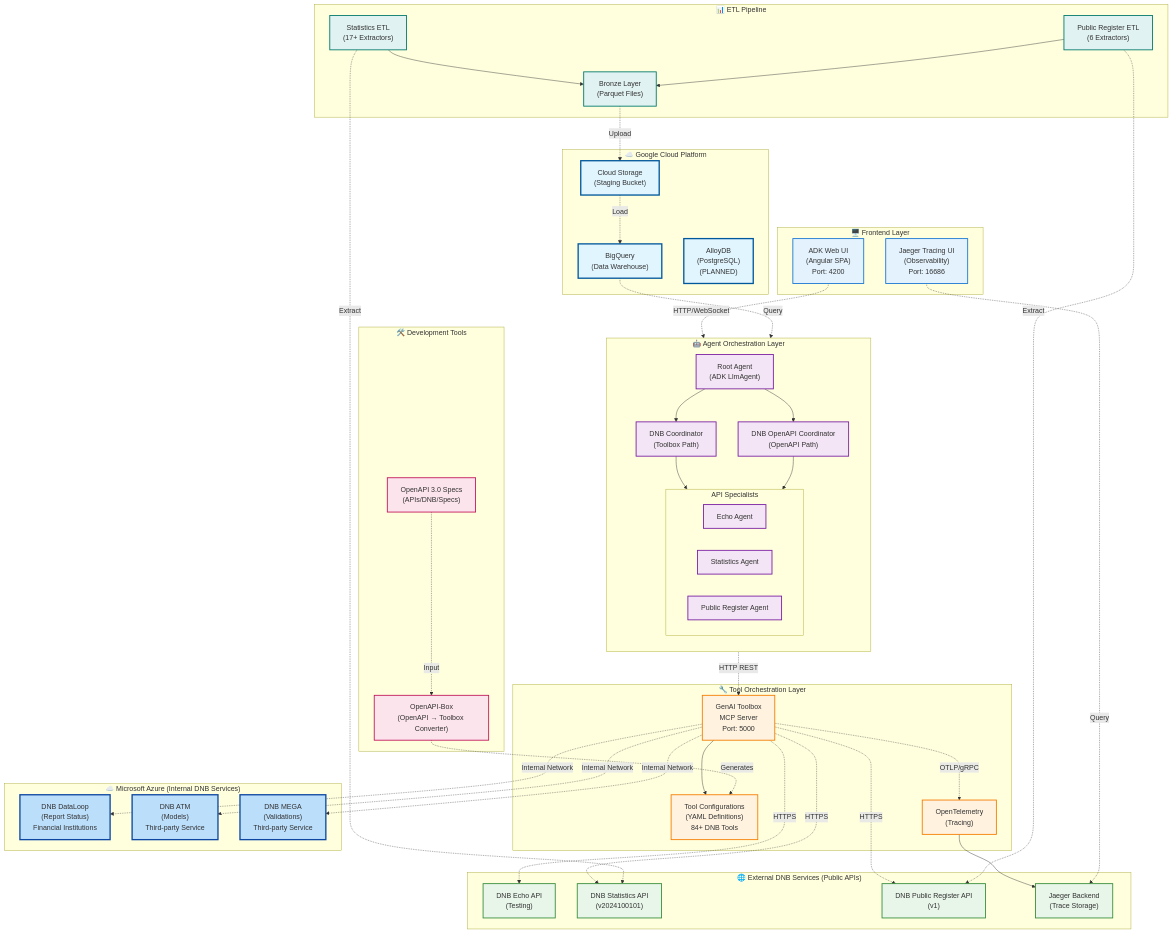
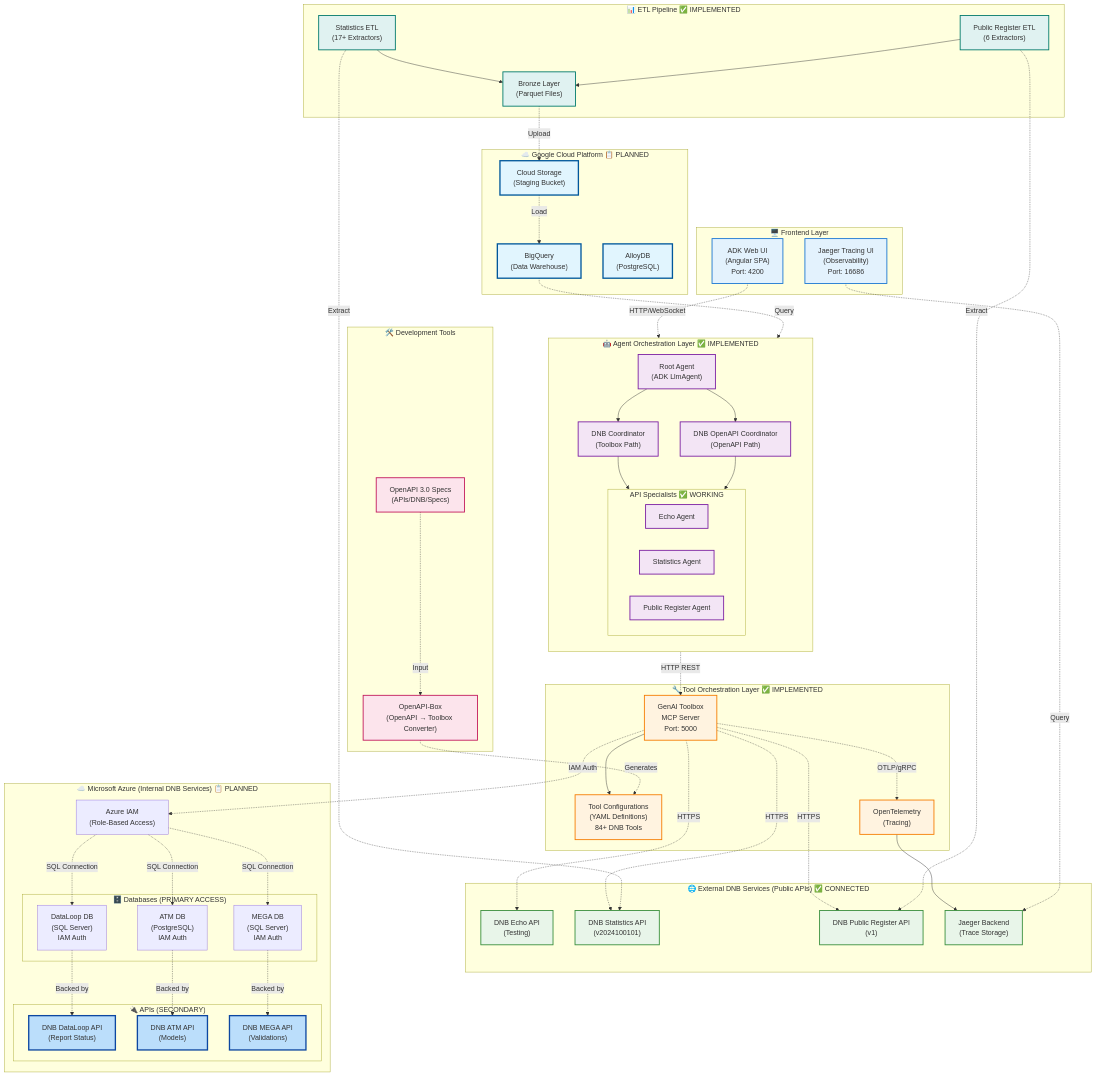
Before and after one commit to Px8Studio/adk-python: the first of 22 diagrams in backend/ARCHITECTURE_MERMAID.md, drawn with Mermaid. The commit also changed other lines of this file, not shown here.

Commit message:
feat: Update Orkhon backend architecture documentation with detailed agent orchestration and Azure integration plans

```diff
--- a/backend/ARCHITECTURE_MERMAID.md
+++ b/backend/ARCHITECTURE_MERMAID.md
@@ -30,36 +30,44 @@
         Jaeger_UI["Jaeger Tracing UI<br/>(Observability)<br/>Port: 16686"]
     end
 
-    subgraph Agents["🤖 Agent Orchestration Layer"]
+    subgraph Agents["🤖 Agent Orchestration Layer ✅ IMPLEMENTED"]
         direction TB
         Root["Root Agent<br/>(ADK LlmAgent)"]
         DNB_Coord["DNB Coordinator<br/>(Toolbox Path)"]
         DNB_OpenAPI_Coord["DNB OpenAPI Coordinator<br/>(OpenAPI Path)"]
         
-        subgraph API_Agents["API Specialists"]
+        subgraph API_Agents["API Specialists ✅ WORKING"]
             Echo["Echo Agent"]
             Stats["Statistics Agent"]
             PR["Public Register Agent"]
         end
     end
 
-    subgraph Tools["🔧 Tool Orchestration Layer"]
+    subgraph Tools["🔧 Tool Orchestration Layer ✅ IMPLEMENTED"]
         Toolbox["GenAI Toolbox<br/>MCP Server<br/>Port: 5000"]
         ToolConfig["Tool Configurations<br/>(YAML Definitions)<br/>84+ DNB Tools"]
         OTel["OpenTelemetry<br/>(Tracing)"]
     end
 
-    subgraph External["🌐 External DNB Services (Public APIs)"]
+    subgraph External["🌐 External DNB Services (Public APIs) ✅ CONNECTED"]
         DNB_Echo["DNB Echo API<br/>(Testing)"]
         DNB_Stats["DNB Statistics API<br/>(v2024100101)"]
         DNB_PR["DNB Public Register API<br/>(v1)"]
         Jaeger["Jaeger Backend<br/>(Trace Storage)"]
     end
 
-    subgraph Azure["☁️ Microsoft Azure (Internal DNB Services)"]
-        DNB_DataLoop["DNB DataLoop<br/>(Report Status)<br/>Financial Institutions"]
-        DNB_ATM["DNB ATM<br/>(Models)<br/>Third-party Service"]
-        DNB_MEGA["DNB MEGA<br/>(Validations)<br/>Third-party Service"]
+    subgraph Azure["☁️ Microsoft Azure (Internal DNB Services) 📋 PLANNED"]
+        subgraph Azure_DB["🗄️ Databases (PRIMARY ACCESS)"]
+            DataLoop_DB["DataLoop DB<br/>(SQL Server)<br/>IAM Auth"]
+            ATM_DB["ATM DB<br/>(PostgreSQL)<br/>IAM Auth"]
+            MEGA_DB["MEGA DB<br/>(SQL Server)<br/>IAM Auth"]
+        end
+        subgraph Azure_API["🔌 APIs (SECONDARY)"]
+            DNB_DataLoop["DNB DataLoop API<br/>(Report Status)"]
+            DNB_ATM["DNB ATM API<br/>(Models)"]
+            DNB_MEGA["DNB MEGA API<br/>(Validations)"]
+        end
+        Azure_IAM["Azure IAM<br/>(Role-Based Access)"]
     end
 
     subgraph Build["🛠️ Development Tools"]
@@ -67,19 +75,19 @@
         OpenAPI_Specs["OpenAPI 3.0 Specs<br/>(APIs/DNB/Specs)"]
     end
 
-    subgraph ETL["📊 ETL Pipeline"]
+    subgraph ETL["📊 ETL Pipeline ✅ IMPLEMENTED"]
         Stats_ETL["Statistics ETL<br/>(17+ Extractors)"]
         PR_ETL["Public Register ETL<br/>(6 Extractors)"]
         Bronze["Bronze Layer<br/>(Parquet Files)"]
     end
 
-    subgraph Cloud["☁️ Google Cloud Platform"]
+    subgraph Cloud["☁️ Google Cloud Platform 📋 PLANNED"]
         GCS["Cloud Storage<br/>(Staging Bucket)"]
         BQ["BigQuery<br/>(Data Warehouse)"]
-        AlloyDB["AlloyDB<br/>(PostgreSQL)<br/>(PLANNED)"]
+        AlloyDB["AlloyDB<br/>(PostgreSQL)"]
     end
 
-    %% Connections
+    %% Connections - Implemented
     ADK_UI -.HTTP/WebSocket.-> Root
     Root --> DNB_Coord
     Root --> DNB_OpenAPI_Coord
@@ -90,13 +98,20 @@
     Toolbox -.HTTPS.-> DNB_Echo
     Toolbox -.HTTPS.-> DNB_Stats
     Toolbox -.HTTPS.-> DNB_PR
-    Toolbox -.Internal Network.-> DNB_DataLoop
-    Toolbox -.Internal Network.-> DNB_ATM
-    Toolbox -.Internal Network.-> DNB_MEGA
     Toolbox -.OTLP/gRPC.-> OTel
     OTel --> Jaeger
     Jaeger_UI -.Query.-> Jaeger
     
+    %% Connections - Planned (Azure Database Access)
+    Toolbox -.IAM Auth.-> Azure_IAM
+    Azure_IAM -.SQL Connection.-> DataLoop_DB
+    Azure_IAM -.SQL Connection.-> ATM_DB
+    Azure_IAM -.SQL Connection.-> MEGA_DB
+    DataLoop_DB -.Backed by.-> DNB_DataLoop
+    ATM_DB -.Backed by.-> DNB_ATM
+    MEGA_DB -.Backed by.-> DNB_MEGA
+    
+    %% Build tools
     OpenAPIBox -.Generates.-> ToolConfig
     OpenAPI_Specs -.Input.-> OpenAPIBox
     
```
